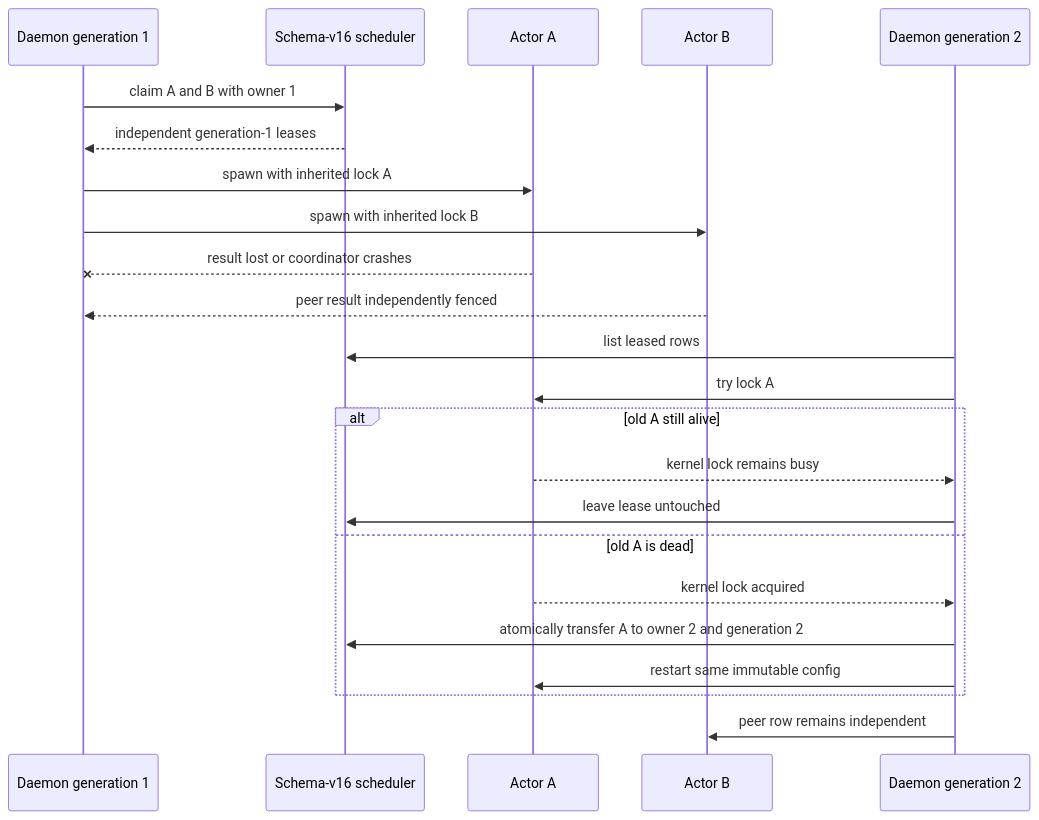
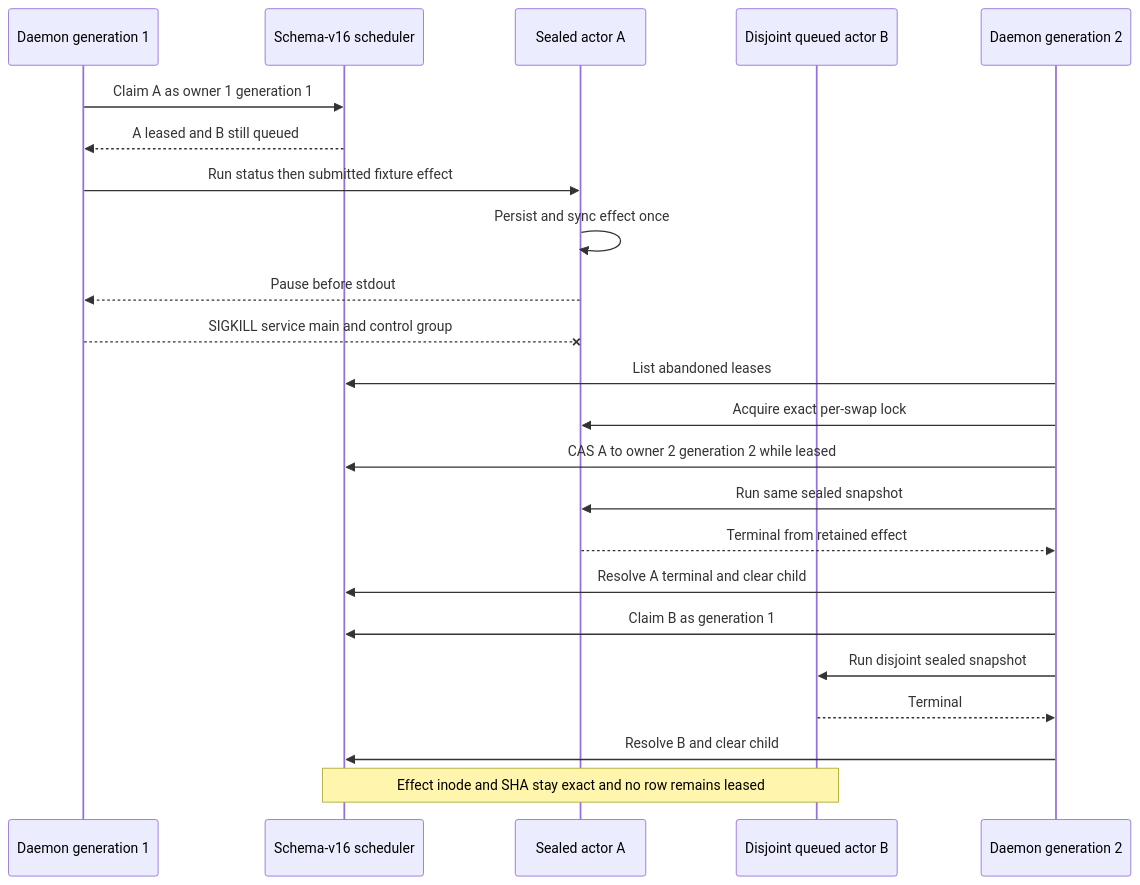
The seventh of 7 diagrams in docs/architecture/0100-fence-maker-actor-process-leases.md (gateway-fm/lez-atomic-swaps), drawn with Mermaid before and after one commit. The commit also changed other lines of this file and 30 other files, not shown here.

````diff
--- a/docs/architecture/0100-fence-maker-actor-process-leases.md
+++ b/docs/architecture/0100-fence-maker-actor-process-leases.md
@@ -310,25 +310,25 @@
 ```mermaid
 sequenceDiagram
     participant D1 as Daemon generation 1
     participant Q as Schema-v16 scheduler
-    participant A as Actor A
-    participant B as Actor B
+    participant A as Sealed actor A
+    participant B as Disjoint queued actor B
     participant D2 as Daemon generation 2
-    D1->>Q: claim A and B with owner 1
-    Q-->>D1: independent generation-1 leases
-    D1->>A: spawn with inherited lock A
-    D1->>B: spawn with inherited lock B
-    A--xD1: result lost or coordinator crashes
-    B-->>D1: peer result independently fenced
-    D2->>Q: list leased rows
-    D2->>A: try lock A
-    alt old A still alive
-        A-->>D2: kernel lock remains busy
-        D2->>Q: leave lease untouched
-    else old A is dead
-        A-->>D2: kernel lock acquired
-        D2->>Q: atomically transfer A to owner 2 and generation 2
-        D2->>A: restart same immutable config
-    end
-    D2->>B: peer row remains independent
+    D1->>Q: Claim A as owner 1 generation 1
+    Q-->>D1: A leased and B still queued
+    D1->>A: Run status then submitted fixture effect
+    A->>A: Persist and sync effect once
+    A-->>D1: Pause before stdout
+    D1--xA: SIGKILL service main and control group
+    D2->>Q: List abandoned leases
+    D2->>A: Acquire exact per-swap lock
+    D2->>Q: CAS A to owner 2 generation 2 while leased
+    D2->>A: Run same sealed snapshot
+    A-->>D2: Terminal from retained effect
+    D2->>Q: Resolve A terminal and clear child
+    D2->>Q: Claim B as generation 1
+    D2->>B: Run disjoint sealed snapshot
+    B-->>D2: Terminal
+    D2->>Q: Resolve B and clear child
+    Note over Q,B: Effect inode and SHA stay exact and no row remains leased
 ```
````
